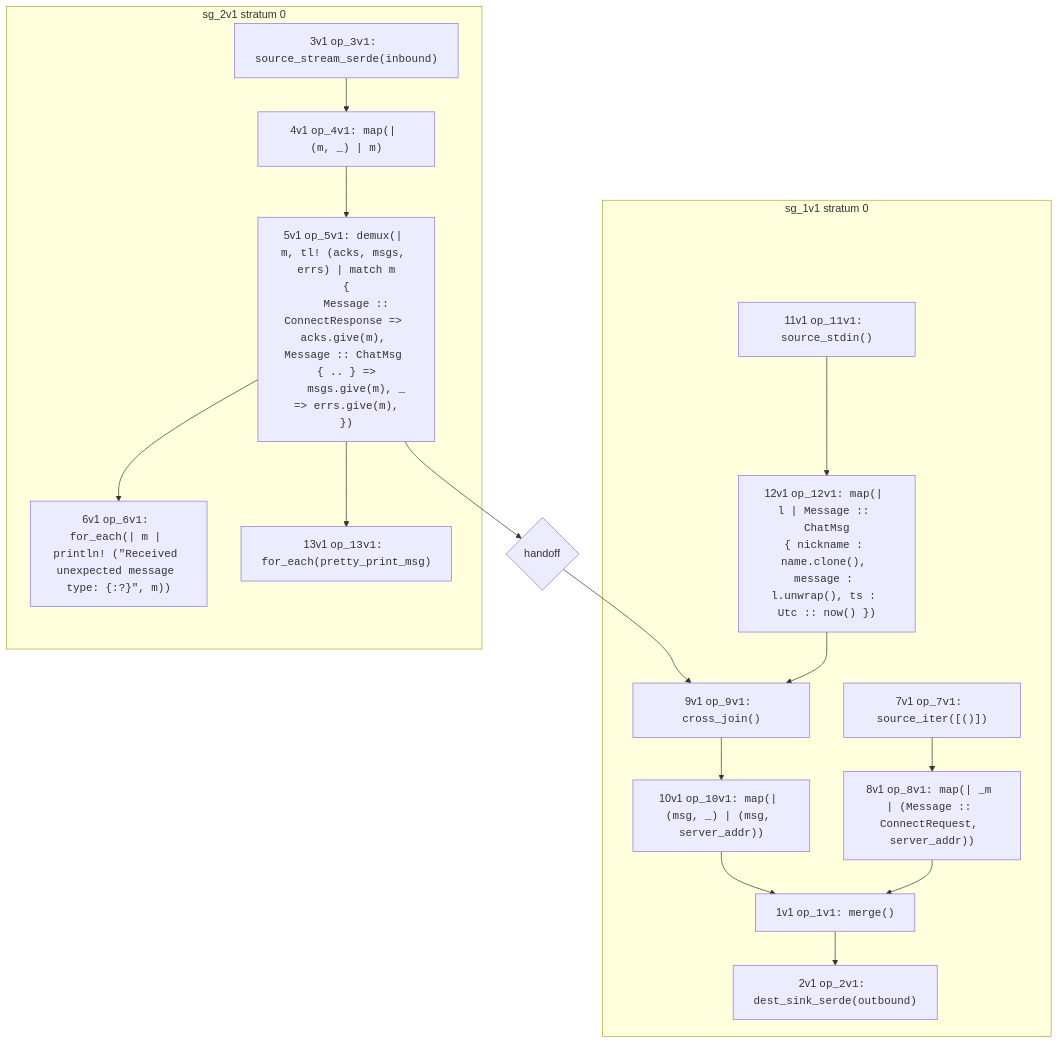
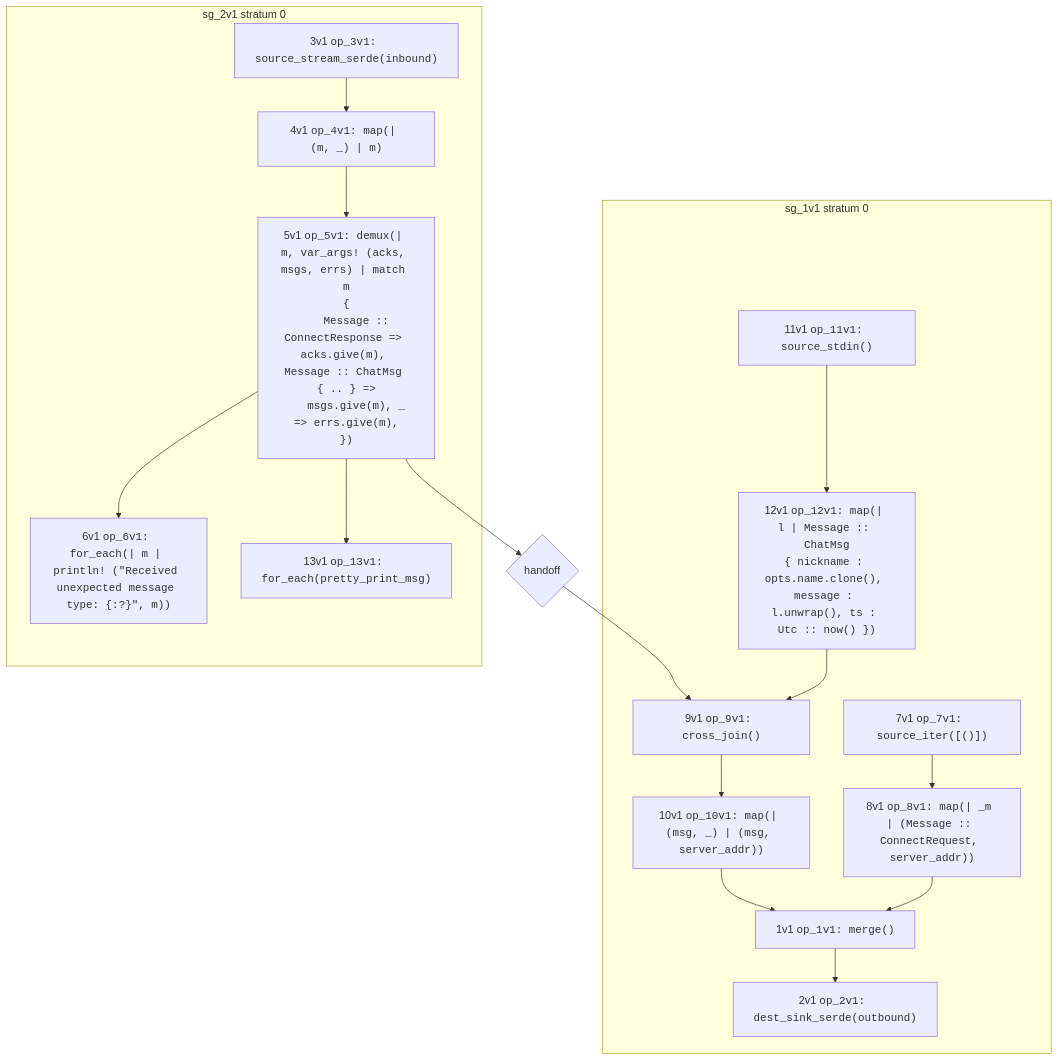
One commit to nickjiang2378/hydroflow changed the second of 2 diagrams in book/example_8_chat_server.md. Above: the diagram before and after it, drawn with Mermaid. The commit also changed other lines of this file and 9 other files, not shown here.

````diff
--- a/book/example_8_chat_server.md
+++ b/book/example_8_chat_server.md
@@ -360,36 +341,36 @@
 ```mermaid
 flowchart TB
     subgraph "sg_1v1 stratum 0"
         7v1["7v1 <tt>op_7v1: source_iter([()])</tt>"]
         8v1["8v1 <tt>op_8v1: map(| _m | (Message :: ConnectRequest, server_addr))</tt>"]
         11v1["11v1 <tt>op_11v1: source_stdin()</tt>"]
-        12v1["12v1 <tt>op_12v1: map(| l | Message :: ChatMsg<br>{ nickname : name.clone(), message : l.unwrap(), ts : Utc :: now() })</tt>"]
+        12v1["12v1 <tt>op_12v1: map(| l | Message :: ChatMsg<br>{ nickname : opts.name.clone(), message : l.unwrap(), ts : Utc :: now() })</tt>"]
         9v1["9v1 <tt>op_9v1: cross_join()</tt>"]
         10v1["10v1 <tt>op_10v1: map(| (msg, _) | (msg, server_addr))</tt>"]
         1v1["1v1 <tt>op_1v1: merge()</tt>"]
         2v1["2v1 <tt>op_2v1: dest_sink_serde(outbound)</tt>"]
     end
     subgraph "sg_2v1 stratum 0"
         3v1["3v1 <tt>op_3v1: source_stream_serde(inbound)</tt>"]
         4v1["4v1 <tt>op_4v1: map(| (m, _) | m)</tt>"]
-        5v1["5v1 <tt>op_5v1: demux(| m, tl! (acks, msgs, errs) | match m<br>{<br>    Message :: ConnectResponse =&gt; acks.give(m), Message :: ChatMsg { .. } =&gt;<br>    msgs.give(m), _ =&gt; errs.give(m),<br>})</tt>"]
+        5v1["5v1 <tt>op_5v1: demux(| m, var_args! (acks, msgs, errs) | match m<br>{<br>    Message :: ConnectResponse =&gt; acks.give(m), Message :: ChatMsg { .. } =&gt;<br>    msgs.give(m), _ =&gt; errs.give(m),<br>})</tt>"]
         6v1["6v1 <tt>op_6v1: for_each(| m | println! (&quot;Received unexpected message type: {:?}&quot;, m))</tt>"]
         13v1["13v1 <tt>op_13v1: for_each(pretty_print_msg)</tt>"]
     end
 
     14v1{"handoff"}
 
     1v1-->2v1
     3v1-->4v1
     4v1-->5v1
     5v1-->6v1
     5v1-->14v1
     5v1-->13v1
     7v1-->8v1
     8v1-->1v1
     9v1-->10v1
     10v1-->1v1
     11v1-->12v1
     12v1-->9v1
     14v1-->9v1
 ```
````
